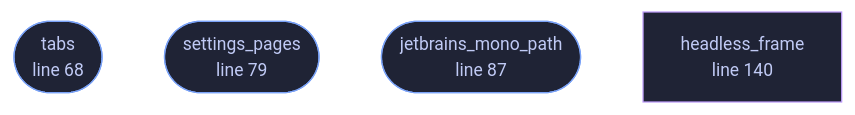
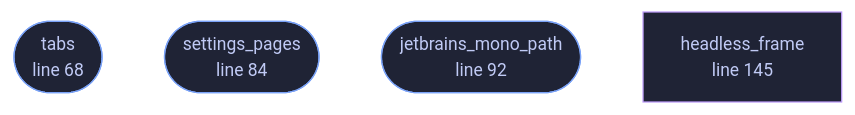
The diagram in docs/files/veilvoice-gui/lib.md (tilas01/veilvoice), drawn with Mermaid before and after one commit. The commit also changed other lines of this file and 75 other files, not shown here.

First line of the commit message:
Roadmap 181: the headings in Settings are titles, and are written as ones

````diff
--- a/docs/files/veilvoice-gui/lib.md
+++ b/docs/files/veilvoice-gui/lib.md
@@ -106,16 +106,16 @@
 ```mermaid
 %%{init: {"theme":"base","themeVariables":{"background":"#1a1b26","primaryColor":"#1f2335","primaryTextColor":"#c0caf5","primaryBorderColor":"#7aa2f7","secondaryColor":"#16161e","tertiaryColor":"#16161e","lineColor":"#737aa2","textColor":"#c0caf5","mainBkg":"#1f2335","nodeBorder":"#7aa2f7","clusterBkg":"#16161e","clusterBorder":"#2f3549","fontFamily":"ui-monospace, SFMono-Regular, Consolas, monospace","fontSize":"14px"}}}%%
 flowchart TD
     n_tabs(["tabs<br/>line 68"])
-    n_settings_pages(["settings_pages<br/>line 79"])
-    n_jetbrains_mono_path(["jetbrains_mono_path<br/>line 87"])
-    n_headless_frame["headless_frame<br/>line 140"]
+    n_settings_pages(["settings_pages<br/>line 84"])
+    n_jetbrains_mono_path(["jetbrains_mono_path<br/>line 92"])
+    n_headless_frame["headless_frame<br/>line 145"]
     click n_tabs href "https://github.com/tilas01/veilvoice/blob/main/crates/veilvoice-gui/src/lib.rs#L68" "open the source"
-    click n_settings_pages href "https://github.com/tilas01/veilvoice/blob/main/crates/veilvoice-gui/src/lib.rs#L79" "open the source"
-    click n_jetbrains_mono_path href "https://github.com/tilas01/veilvoice/blob/main/crates/veilvoice-gui/src/lib.rs#L87" "open the source"
-    click n_headless_frame href "https://github.com/tilas01/veilvoice/blob/main/crates/veilvoice-gui/src/lib.rs#L140" "open the source"
+    click n_settings_pages href "https://github.com/tilas01/veilvoice/blob/main/crates/veilvoice-gui/src/lib.rs#L84" "open the source"
+    click n_jetbrains_mono_path href "https://github.com/tilas01/veilvoice/blob/main/crates/veilvoice-gui/src/lib.rs#L92" "open the source"
+    click n_headless_frame href "https://github.com/tilas01/veilvoice/blob/main/crates/veilvoice-gui/src/lib.rs#L145" "open the source"
     classDef entry fill:#1f2335,stroke:#7aa2f7,color:#c0caf5
     class n_tabs,n_settings_pages,n_jetbrains_mono_path entry
     classDef helper fill:#1f2335,stroke:#bb9af7,color:#c0caf5
     class n_headless_frame helper
 ```
````
